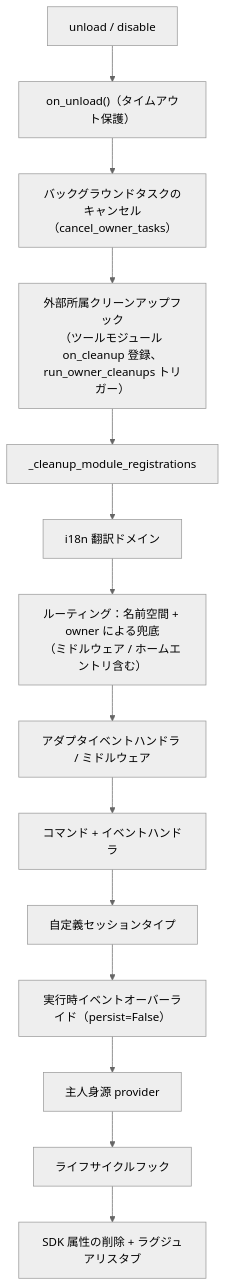
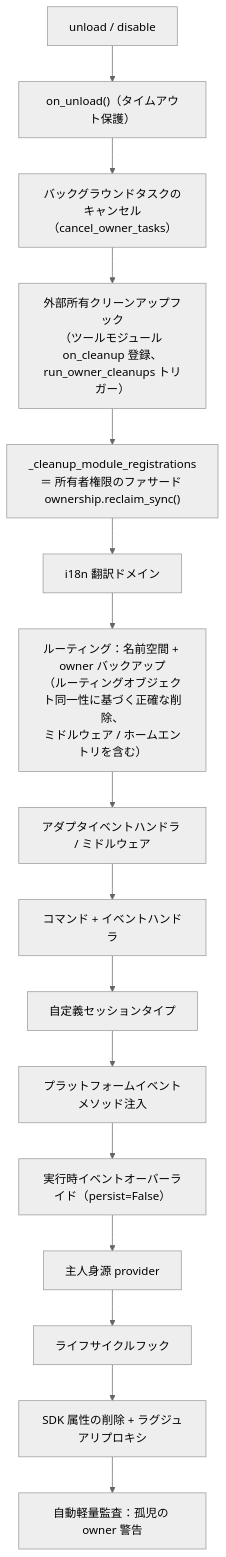
Before and after one commit to ErisPulse/ErisPulse: the diagram in docs/ja/advanced/ownership.md, drawn with Mermaid (neutral theme). The commit also changed other lines of this file and 47 other files, not shown here.

````diff
--- a/docs/ja/advanced/ownership.md
+++ b/docs/ja/advanced/ownership.md
@@ -75,16 +76,18 @@
 ```mermaid
 flowchart TD
     A["unload / disable"] --> B["on_unload()（タイムアウト保護）"]
     B --> C["バックグラウンドタスクのキャンセル（cancel_owner_tasks）"]
-    C --> C1["外部所属クリーンアップフック<br/>（ツールモジュール on_cleanup 登録、run_owner_cleanups トリガー）"]
-    C1 --> D["_cleanup_module_registrations"]
+    C --> C1["外部所有クリーンアップフック<br/>（ツールモジュール on_cleanup 登録、run_owner_cleanups トリガー）"]
+    C1 --> D["_cleanup_module_registrations<br/>＝ 所有者権限のファサード ownership.reclaim_sync()"]
     D --> D1["i18n 翻訳ドメイン"]
-    D1 --> D2["ルーティング：名前空間 + owner による兜底<br/>（ミドルウェア / ホームエントリ含む）"]
+    D1 --> D2["ルーティング：名前空間 + owner バックアップ<br/>（ルーティングオブジェクト同一性に基づく正確な削除、<br/>ミドルウェア / ホームエントリを含む）"]
     D2 --> D3["アダプタイベントハンドラ / ミドルウェア"]
     D3 --> D4["コマンド + イベントハンドラ"]
     D4 --> D5["自定義セッションタイプ"]
-    D5 --> D6["実行時イベントオーバーライド（persist=False）"]
+    D5 --> D5b["プラットフォームイベントメソッド注入"]
+    D5b --> D6["実行時イベントオーバーライド（persist=False）"]
     D6 --> D7["主人身源 provider"]
     D7 --> D8["ライフサイクルフック"]
-    D8 --> E["SDK 属性の削除 + ラグジュアリスタブ"]
+    D8 --> E["SDK 属性の削除 + ラグジュアリプロキシ"]
+    E --> F["自動軽量監査：孤児の owner 警告"]
 ```
````
